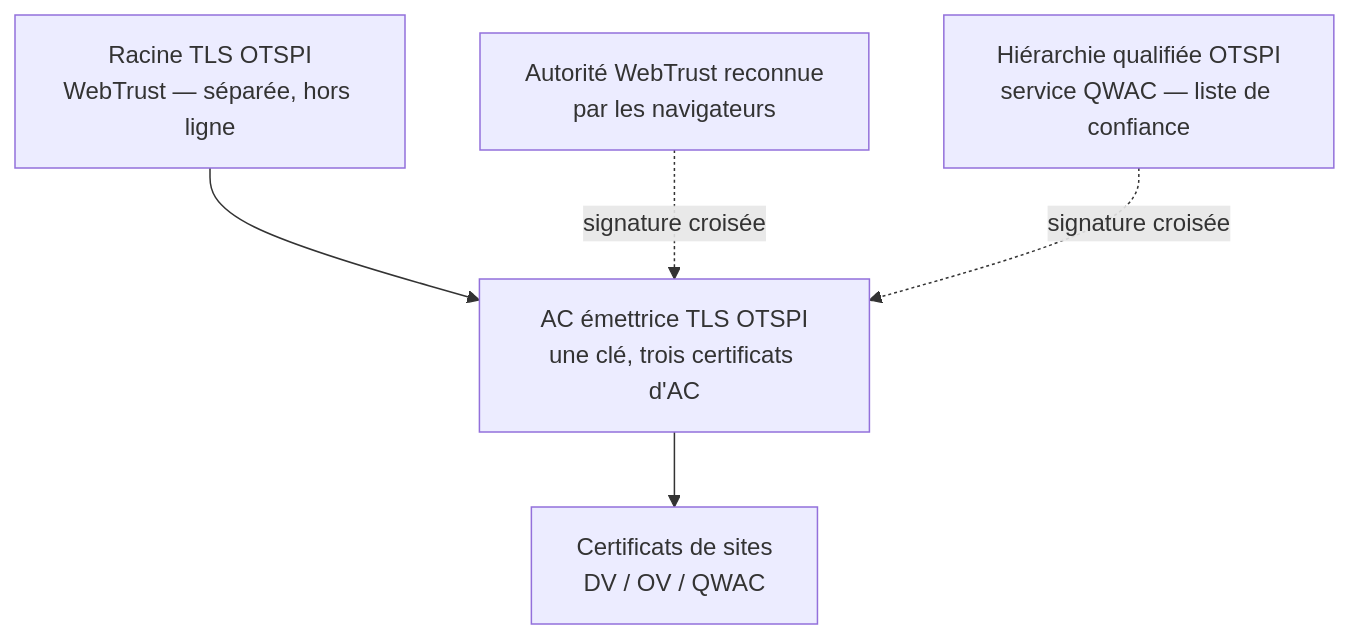
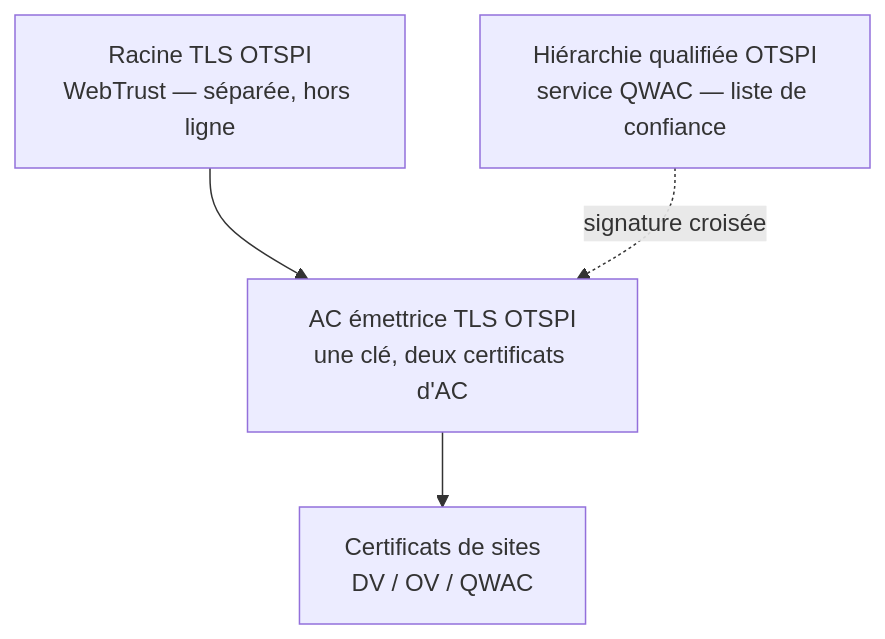
The second of 2 diagrams in docs/livre-blanc/index.md (open-eidas/organisation), drawn with Mermaid before and after one commit. The commit also changed other lines of this file and 1 other file, not shown here.

First line of the commit message:
docs: retrait de la signature croisée WebTrust tierce et des appels à adhérer

````diff
--- a/docs/livre-blanc/index.md
+++ b/docs/livre-blanc/index.md
@@ -390,12 +391,10 @@
 ```mermaid
 flowchart TD
     RW["Racine TLS OTSPI<br/>WebTrust — séparée, hors ligne"]
-    XW["Autorité WebTrust reconnue<br/>par les navigateurs"]
     RQ["Hiérarchie qualifiée OTSPI<br/>service QWAC — liste de confiance"]
-    CA["AC émettrice TLS OTSPI<br/>une clé, trois certificats d'AC"]
+    CA["AC émettrice TLS OTSPI<br/>une clé, deux certificats d'AC"]
     EE["Certificats de sites<br/>DV / OV / QWAC"]
     RW --> CA
-    XW -. signature croisée .-> CA
     RQ -. signature croisée .-> CA
     CA --> EE
 ```
````
